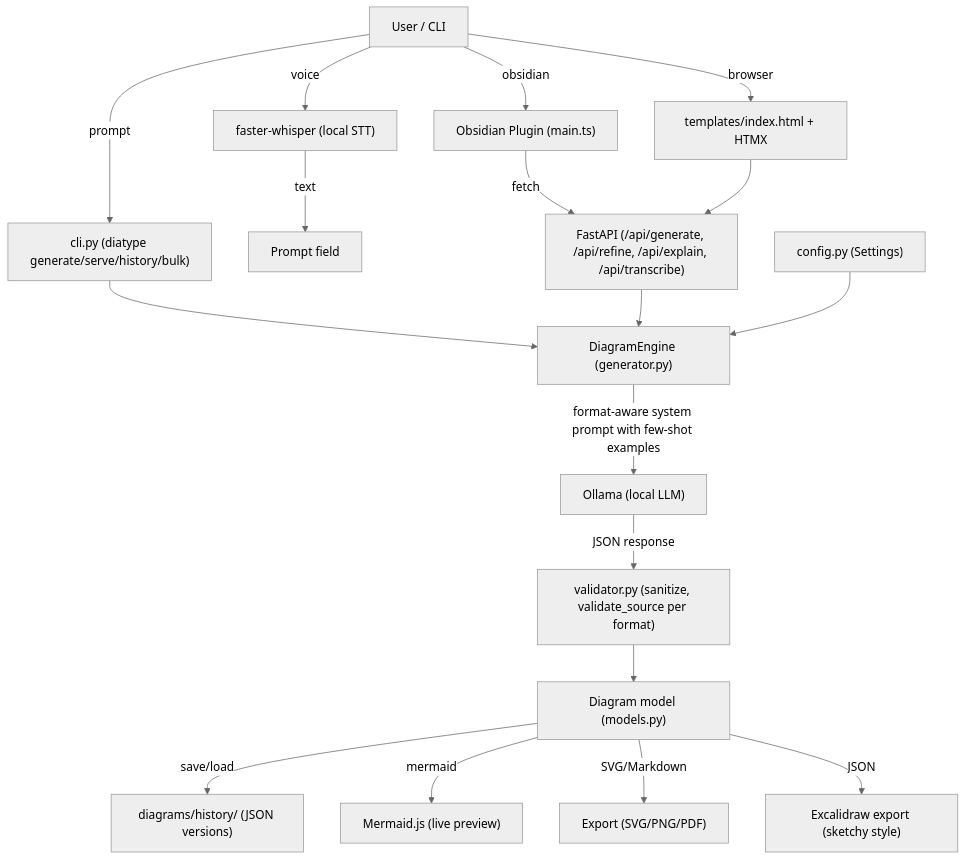
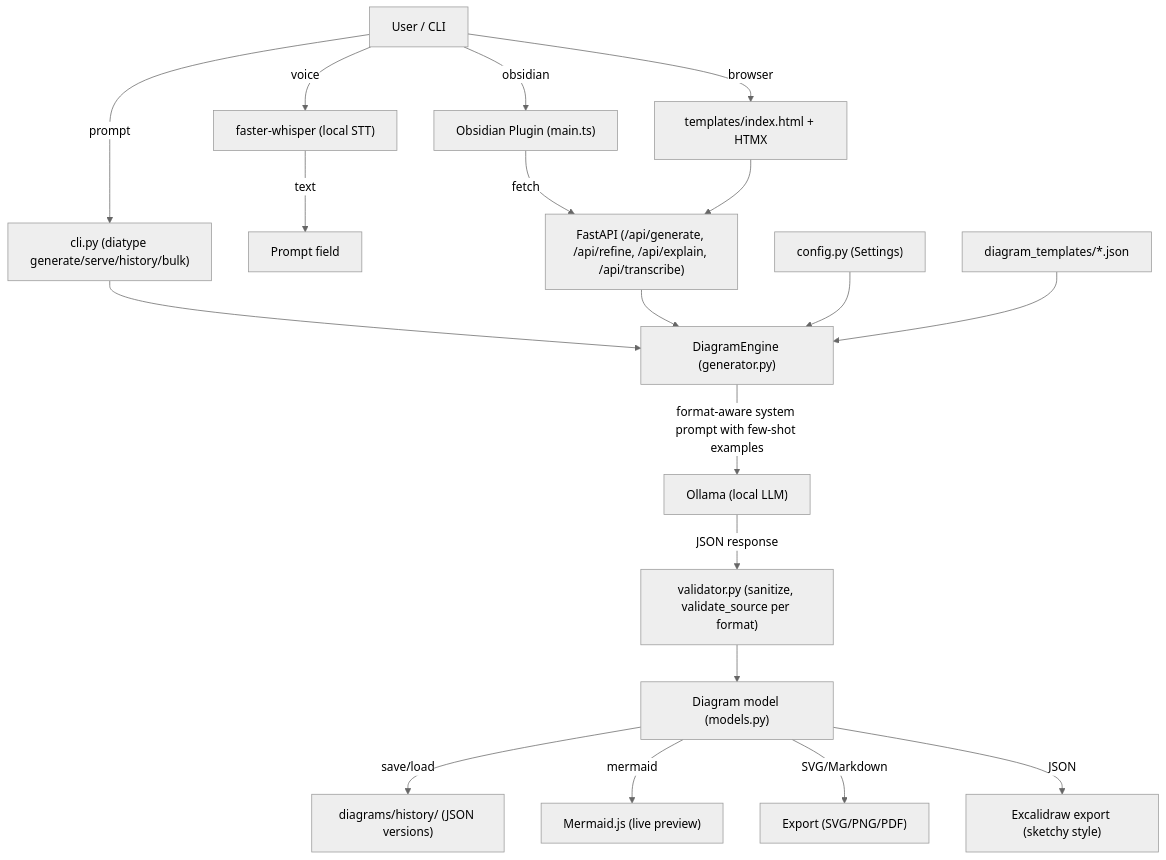
The diagram in README.md (ajendras/diatype), drawn with Mermaid (neutral theme) before and after one commit. The commit also changed other lines of this file and 5 other files, not shown here.

Commit message:
feat(templates): support custom user-defined diagram templates

````diff
--- a/README.md
+++ b/README.md
@@ -325,20 +357,21 @@
 ```mermaid
 flowchart TD
     User[User / CLI] -->|prompt| CLI["cli.py (diatype generate/serve/history/bulk)"]
     User -->|voice| Whisper["faster-whisper (local STT)"]
     Whisper -->|text| Prompt[Prompt field]
     User -->|browser| UI["templates/index.html + HTMX"]
     User -->|obsidian| Obsidian["Obsidian Plugin (main.ts)"]
     Obsidian -->|fetch| FastAPI["FastAPI (/api/generate)"]
     CLI --> Engine["DiagramEngine (generator.py)"]
     UI --> FastAPI["FastAPI (/api/generate, /api/refine, /api/explain, /api/transcribe)"]
     FastAPI --> Engine
     Engine -->|format-aware system prompt with few-shot examples| Ollama["Ollama (local LLM)"]
     Ollama -->|JSON response| Validator["validator.py (sanitize, validate_source per format)"]
     Validator --> Diagram["Diagram model (models.py)"]
     Diagram -->|save/load| History["diagrams/history/ (JSON versions)"]
     Diagram -->|mermaid| Renderer["Mermaid.js (live preview)"]
     Diagram -->|SVG/Markdown| Export["Export (SVG/PNG/PDF)"]
     Diagram -->|JSON| Excalidraw["Excalidraw export (sketchy style)"]
     Config["config.py (Settings)"] --> Engine
+    Templates["diagram_templates/*.json"] --> Engine
 ```
````
